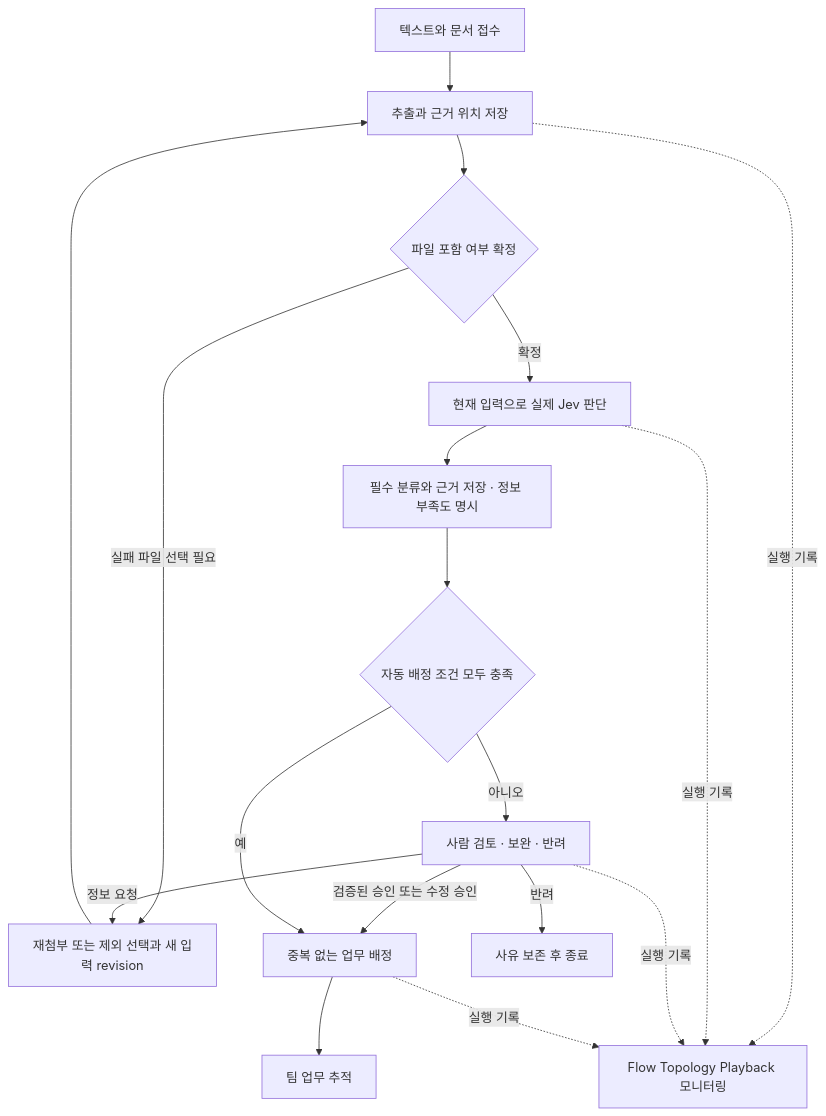
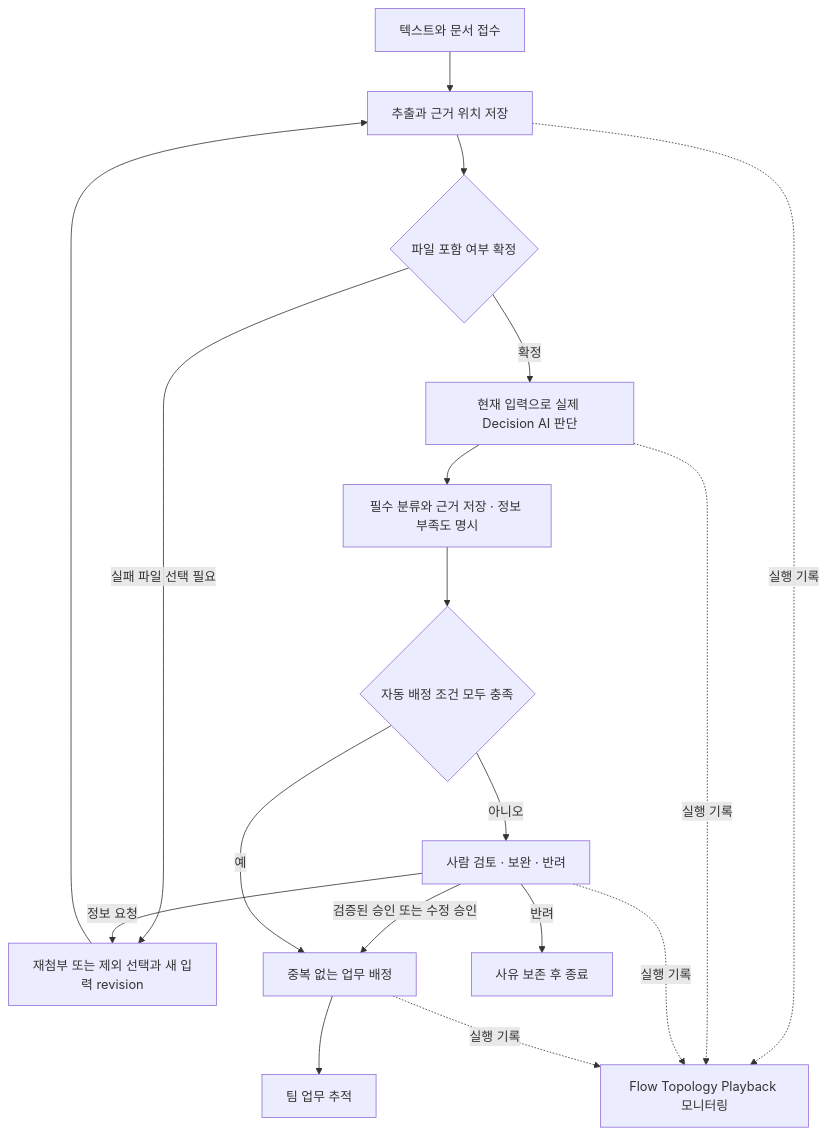
The first of 2 diagrams in PRD.md (sangwookp9591/decision-chat-bot), drawn with Mermaid before and after one commit. The commit also changed other lines of this file and 429 other files, not shown here.

````diff
--- a/PRD.md
+++ b/PRD.md
@@ -58,20 +58,20 @@
 ```mermaid
 flowchart TD
     A[텍스트와 문서 접수] --> B[추출과 근거 위치 저장]
     B --> C{파일 포함 여부 확정}
     C -->|실패 파일 선택 필요| D[재첨부 또는 제외 선택과 새 입력 revision]
     D --> B
-    C -->|확정| E[현재 입력으로 실제 Jev 판단]
+    C -->|확정| E[현재 입력으로 실제 Decision AI 판단]
     E --> F[필수 분류와 근거 저장 · 정보 부족도 명시]
     F --> G{자동 배정 조건 모두 충족}
     G -->|아니오| H[사람 검토 · 보완 · 반려]
     H -->|검증된 승인 또는 수정 승인| I[중복 없는 업무 배정]
     H -->|정보 요청| D
     H -->|반려| J[사유 보존 후 종료]
     G -->|예| I
     I --> K[팀 업무 추적]
     B -.실행 기록.-> O[Flow Topology Playback 모니터링]
     E -.실행 기록.-> O
     H -.실행 기록.-> O
     I -.실행 기록.-> O
 ```
````
